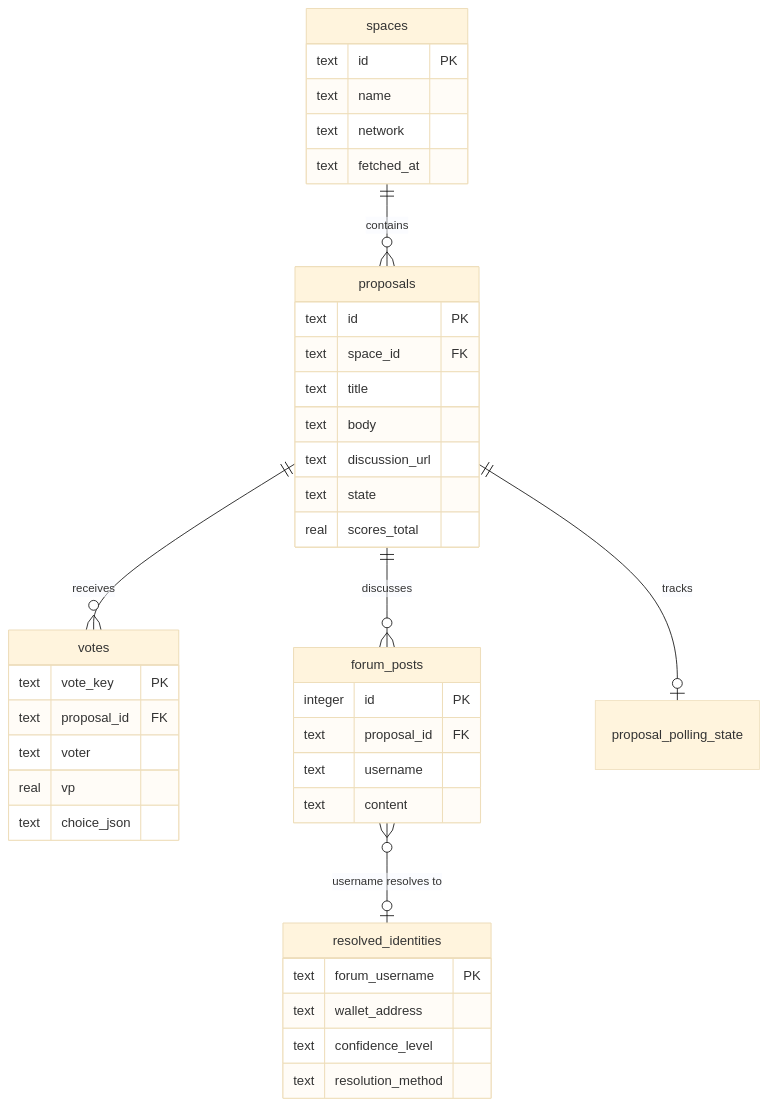
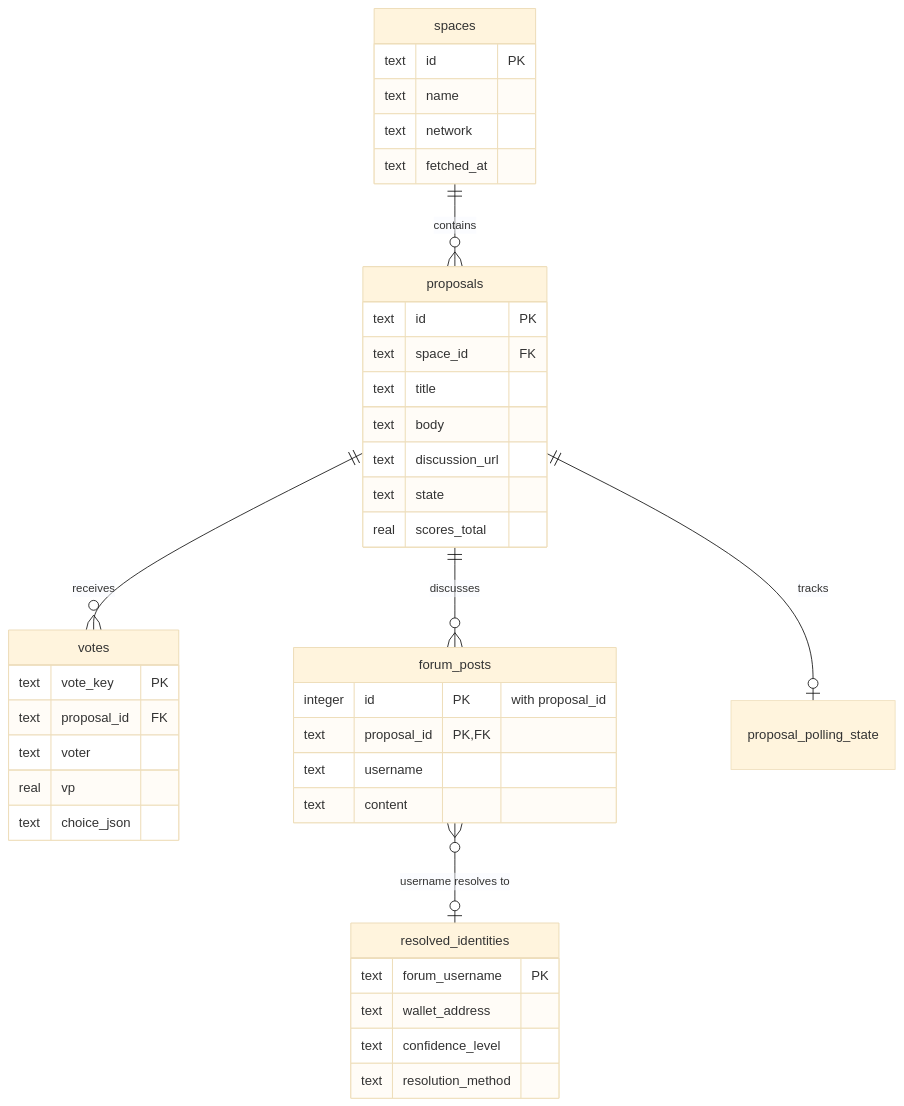
Before and after one commit to Rakshitgoyal770/DOA-BACKEND: the third of 6 diagrams in DATA_FLOW.md, drawn with Mermaid (base theme). The commit also changed other lines of this file and 1 other file, not shown here.

````diff
--- a/DATA_FLOW.md
+++ b/DATA_FLOW.md
@@ -136,43 +140,43 @@
 ```mermaid
 erDiagram
     spaces ||--o{ proposals : contains
     proposals ||--o{ votes : receives
     proposals ||--o{ forum_posts : discusses
     forum_posts }o--o| resolved_identities : "username resolves to"
     proposals ||--o| proposal_polling_state : tracks
 
     spaces {
         text id PK
         text name
         text network
         text fetched_at
     }
     proposals {
         text id PK
         text space_id FK
         text title
         text body
         text discussion_url
         text state
         real scores_total
     }
     votes {
         text vote_key PK
         text proposal_id FK
         text voter
         real vp
         text choice_json
     }
     forum_posts {
-        integer id PK
-        text proposal_id FK
+        integer id PK "with proposal_id"
+        text proposal_id PK,FK
         text username
         text content
     }
     resolved_identities {
         text forum_username PK
         text wallet_address
         text confidence_level
         text resolution_method
     }
 ```
````
